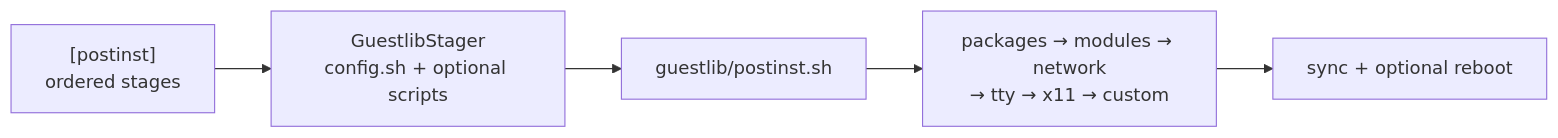
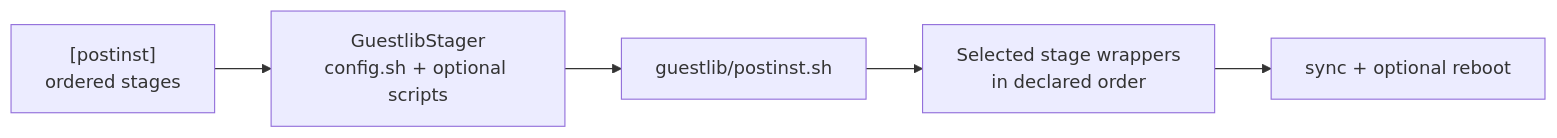
The fifth of 7 diagrams in ARCHITECTURE.md (jblang/retrodist), drawn with Mermaid before and after one commit. The commit also changed other lines of this file and 6 other files, not shown here.

````diff
--- a/ARCHITECTURE.md
+++ b/ARCHITECTURE.md
@@ -273,10 +251,10 @@
 ```mermaid
 flowchart LR
     toml["[postinst]<br/>ordered stages"]
     render["GuestlibStager<br/>config.sh + optional scripts"]
     runner["guestlib/postinst.sh"]
-    stages["packages → modules → network<br/>→ tty → x11 → custom"]
+    stages["Selected stage wrappers<br/>in declared order"]
     result["sync + optional reboot"]
 
     toml --> render --> runner --> stages --> result
 ```
````
